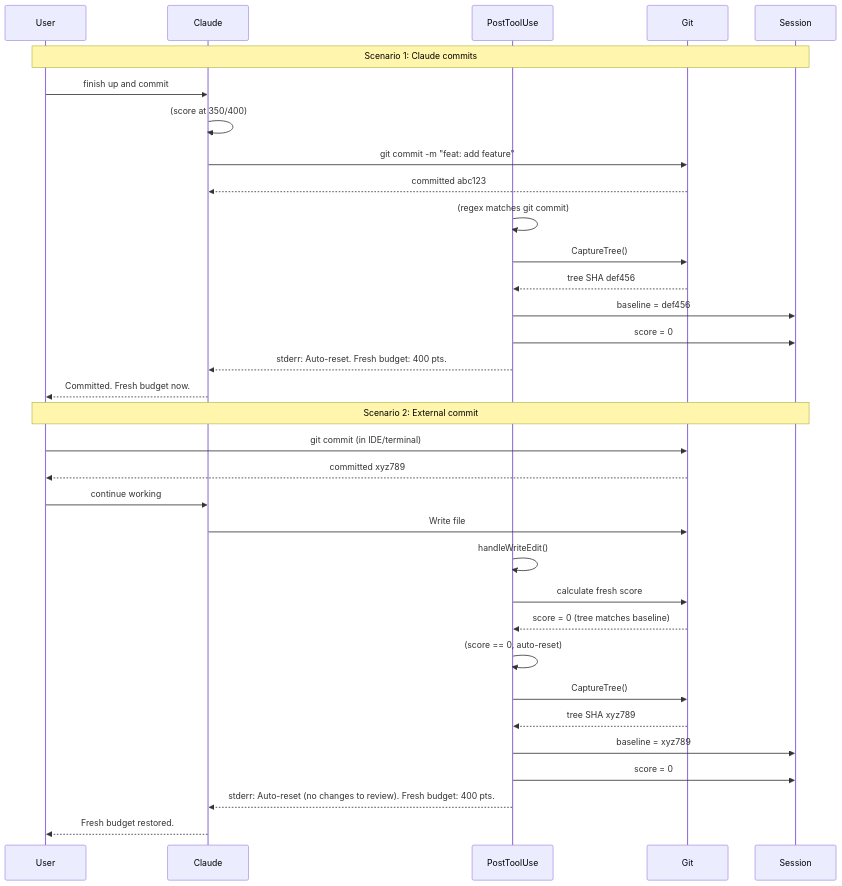
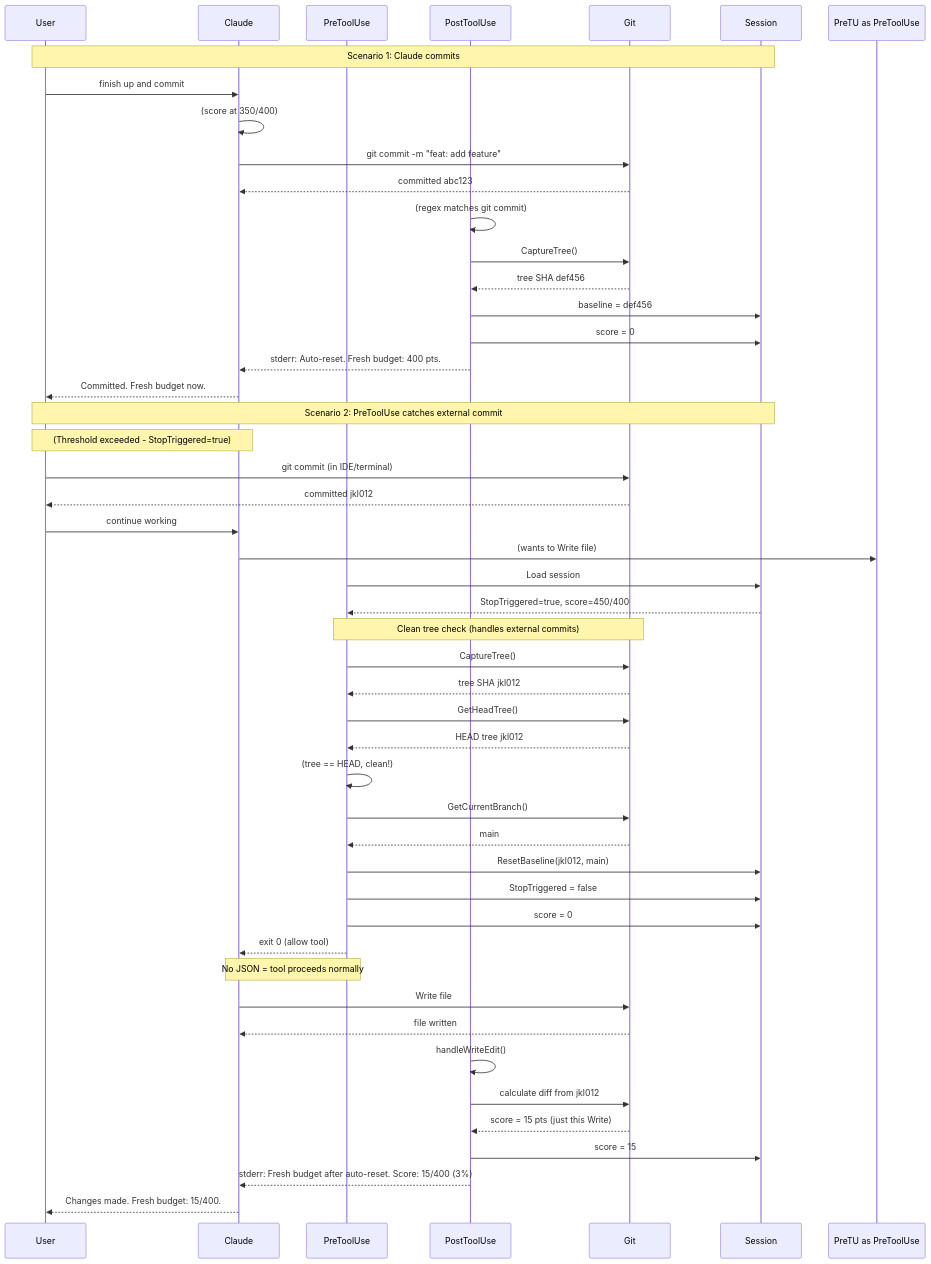
The diagram in docs/auto-reset-commit-sequence.mmd (kylesnowschwartz/claude-bumper-lanes), drawn with Mermaid before and after one commit. The commit also changed 7 other files, not shown here.

First line of the commit message:
fix: address PR review feedback for PreToolUse auto-reset

```diff
--- a/docs/auto-reset-commit-sequence.mmd
+++ b/docs/auto-reset-commit-sequence.mmd
@@ -1,111 +1,120 @@
 %% Auto-Reset: Invisible baseline capture when tree becomes clean
 %% Render: cat auto-reset-commit-sequence.mmd | mermaid-ascii -f -
 %% Focus: The "magic" that resets budget after commits (any source)
 
 sequenceDiagram
     participant User
     participant Claude
+    participant PreTU as PreToolUse
     participant PTU as PostToolUse
     participant Git
     participant Sess as Session
 
     %% ============================================================
     %% CASE 1: Claude commits via Bash tool
     %% ============================================================
     Note over User,Sess: Scenario 1: Claude commits
     User->>Claude: finish up and commit
     Claude->>Claude: (score at 350/400)
 
     %% Claude commits via Bash tool
     Claude->>Git: git commit -m "feat: add feature"
     Git-->>Claude: committed abc123
 
     %% PostToolUse fires for Bash
     PTU->>PTU: (regex matches git commit)
     PTU->>Git: CaptureTree()
     Git-->>PTU: tree SHA def456
 
     %% Reset baseline to committed state
     PTU->>Sess: baseline = def456
     PTU->>Sess: score = 0
     PTU-->>Claude: stderr: Auto-reset. Fresh budget: 400 pts.
     Claude-->>User: Committed. Fresh budget now.
 
     %% ============================================================
-    %% CASE 2: External commit (IDE, terminal)
+    %% CASE 2: PreToolUse auto-reset (v3.7.0)
     %% ============================================================
-    Note over User,Sess: Scenario 2: External commit
+    Note over User,Sess: Scenario 2: PreToolUse catches external commit
+    Note over User,Claude: (Threshold exceeded - StopTriggered=true)
     User->>Git: git commit (in IDE/terminal)
-    Git-->>User: committed xyz789
+    Git-->>User: committed jkl012
     User->>Claude: continue working
 
-    %% Claude makes next change (Write/Edit)
+    %% Claude attempts Write - PreToolUse fires BEFORE execution
+    Claude->>PreTU as PreToolUse: (wants to Write file)
+
+    %% PreToolUse checks state
+    PreTU->>Sess: Load session
+    Sess-->>PreTU: StopTriggered=true, score=450/400
+
+    %% Auto-reset check (NEW in v3.7.0)
+    Note over PreTU,Git: Clean tree check (handles external commits)
+    PreTU->>Git: CaptureTree()
+    Git-->>PreTU: tree SHA jkl012
+    PreTU->>Git: GetHeadTree()
+    Git-->>PreTU: HEAD tree jkl012
+
+    %% Trees match - auto-reset and allow
+    PreTU->>PreTU: (tree == HEAD, clean!)
+    PreTU->>Git: GetCurrentBranch()
+    Git-->>PreTU: main
+    PreTU->>Sess: ResetBaseline(jkl012, main)
+    PreTU->>Sess: StopTriggered = false
+    PreTU->>Sess: score = 0
+
+    %% Allow Write to proceed (no JSON output)
+    PreTU-->>Claude: exit 0 (allow tool)
+    Note over PreTU,Claude: No JSON = tool proceeds normally
+
+    %% Write executes successfully
     Claude->>Git: Write file
+    Git-->>Claude: file written
 
-    %% PostToolUse fires for Write
+    %% PostToolUse calculates new score and provides feedback
     PTU->>PTU: handleWriteEdit()
-    PTU->>Git: calculate fresh score
-    Git-->>PTU: score = 0 (tree matches baseline)
+    PTU->>Git: calculate diff from jkl012
+    Git-->>PTU: score = 15 pts (just this Write)
+    PTU->>Sess: score = 15
+    PTU-->>Claude: stderr: Fresh budget after auto-reset. Score: 15/400 (3%)
+    Claude-->>User: Changes made. Fresh budget: 15/400.
 
-    %% Auto-reset on clean tree
-    PTU->>PTU: (score == 0, auto-reset)
-    PTU->>Git: CaptureTree()
-    Git-->>PTU: tree SHA xyz789
-    PTU->>Sess: baseline = xyz789
-    PTU->>Sess: score = 0
-    PTU-->>Claude: stderr: Auto-reset (no changes to review). Fresh budget: 400 pts.
-    Claude-->>User: Fresh budget restored.
-
-%% ============================================================
-%% CASE 3: PreToolUse auto-reset (v3.7.0)
-%% ============================================================
-%% Note: PreToolUse checks if tree has become clean since Stop triggered
-%% This handles external commits BEFORE Claude writes (correct timing)
-%% When StopTriggered=true and tree is clean, auto-resets and allows tool
-%% Eliminates manual /bumper-reset after external commits
-
-%% ============================================================
+    %% ============================================================
 %% VALIDATION REFERENCES
 %% ============================================================
 %% Scenario 1 (Claude commits):
 %% - Commit detection: internal/hooks/post_tool_use.go:gitCommitPattern
 %% - Tree capture: internal/hooks/post_tool_use.go:handleBashCommit (line 64)
 %% - Reset call: internal/hooks/post_tool_use.go:handleBashCommit (line 72)
 %% - Feedback: internal/hooks/post_tool_use.go:handleBashCommit (line 79)
 %%
-%% Scenario 2 (External commits):
-%% - Tree capture: internal/hooks/post_tool_use.go:handleWriteEdit (line 118)
-%% - HEAD tree check: internal/hooks/post_tool_use.go:handleWriteEdit (line 120)
-%% - Clean tree detection: internal/hooks/post_tool_use.go:handleWriteEdit (line 121, currentTree == headTree)
-%% - Reset call: internal/hooks/post_tool_use.go:handleWriteEdit (line 124)
-%% - Feedback: internal/hooks/post_tool_use.go:handleWriteEdit (line 127)
-%% - Helper function: internal/hooks/common.go:GetHeadTree (line 161)
-%%
-%% Scenario 3 (PreToolUse auto-reset, v3.7.0):
+%% Scenario 2 (PreToolUse auto-reset, v3.7.0):
 %% - StopTriggered check: internal/hooks/pre_tool_use.go:78
 %% - Tree capture: internal/hooks/pre_tool_use.go:79
 %% - HEAD tree check: internal/hooks/pre_tool_use.go:81
 %% - Clean tree detection: internal/hooks/pre_tool_use.go:82
 %% - Reset call: internal/hooks/pre_tool_use.go:85
 %% - Allow tool: internal/hooks/pre_tool_use.go:90
 %%
 %% COMMIT PATTERN REGEX (Scenario 1)
 %% Matches: git commit, git -C /path commit, git --git-dir=/x commit
 %% Rejects: prose like "use git to commit"
 %%
 %% BENEFITS
 %% 1. No manual /bumper-reset needed after ANY commit (Claude or external)
 %% 2. Natural workflow: commit = checkpoint = fresh budget
 %% 3. Encourages atomic commits (commit often, stay under threshold)
-%% 4. Handles IDE commits, manual terminal commits, git revert, git reset --hard
+%% 4. Handles IDE commits, manual terminal commits (when threshold exceeded)
+%% 5. PreToolUse timing (v3.7.0) checks BEFORE Write dirties tree (correct timing)
 %%
 %% EDGE CASES
 %% 1. Scenario 1 fires immediately on commit (no delay)
-%% 2. Scenario 2 fires on next Write/Edit after external commit (slight delay)
-%% 3. Scenario 2 triggers whenever working tree == HEAD (clean tree)
+%% 2. Scenario 2 fires on next Write/Edit after external commit (when StopTriggered=true)
+%% 3. Scenario 2 only triggers when threshold exceeded (StopTriggered=true)
+%% 4. Scenario 2 triggers when working tree == HEAD (clean tree):
 %%    - External commits (IDE, terminal)
 %%    - git reset --hard HEAD
 %%    - Manual file reversions that match HEAD
-%% 4. Scenario 2 does NOT trigger when working tree != HEAD (uncommitted changes)
-%% 5. Both scenarios handle untracked files correctly (CaptureTree includes them)
-%% 6. Fail-open: If tree capture fails or HEAD unavailable, threshold remains (no auto-reset)
+%% 5. Scenario 2 does NOT trigger when working tree != HEAD (uncommitted changes)
+%% 6. Both scenarios handle untracked files correctly (CaptureTree includes them)
+%% 7. Fail-open: If tree capture fails or HEAD unavailable, threshold remains (no auto-reset)
```
